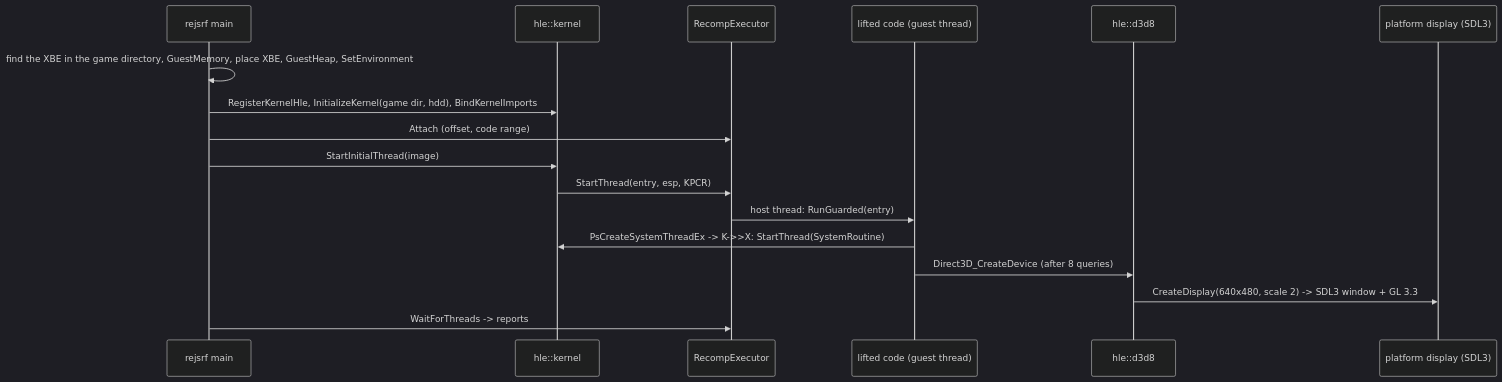
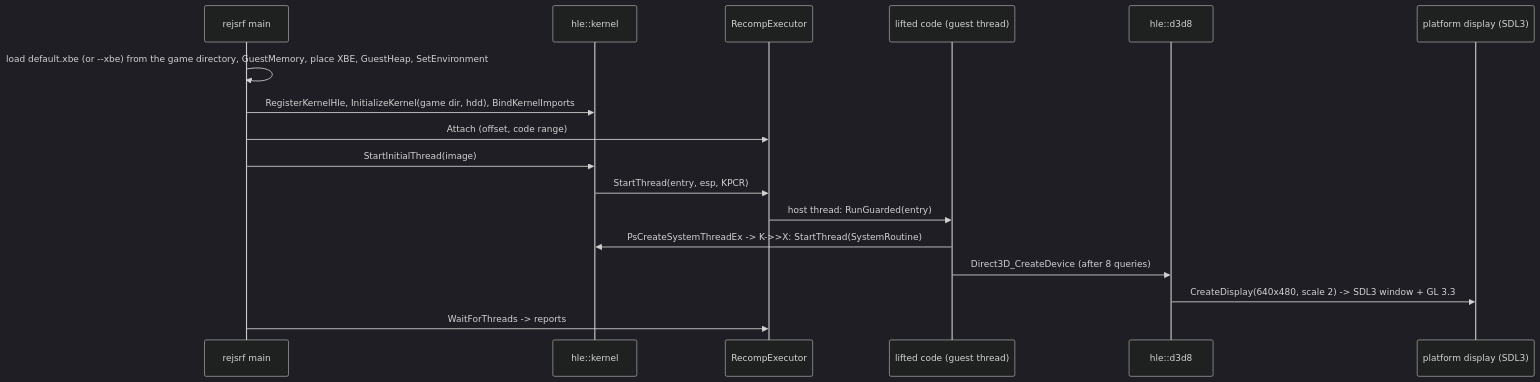
Before and after one commit to nworkers/reJSRF: the third of 3 diagrams in ARCHITECTURE.md, drawn with Mermaid (dark theme). The commit also changed other lines of this file and 30 other files, not shown here.

First line of the commit message:
v0.0.14: default.xbe from the game directory, --xbe, US MD5 check in the recomp scripts (#36)

````diff
--- a/ARCHITECTURE.md
+++ b/ARCHITECTURE.md
@@ -119,19 +119,19 @@
 ```mermaid
 sequenceDiagram
     participant App as rejsrf main
     participant K as hle::kernel
     participant X as RecompExecutor
     participant G as lifted code (guest thread)
     participant D3D as hle::d3d8
     participant P as platform display (SDL3)
-    App->>App: find the XBE in the game directory, GuestMemory, place XBE, GuestHeap, SetEnvironment
+    App->>App: load default.xbe (or --xbe) from the game directory, GuestMemory, place XBE, GuestHeap, SetEnvironment
     App->>K: RegisterKernelHle, InitializeKernel(game dir, hdd), BindKernelImports
     App->>X: Attach (offset, code range)
     App->>K: StartInitialThread(image)
     K->>X: StartThread(entry, esp, KPCR)
     X->>G: host thread: RunGuarded(entry)
     G->>K: PsCreateSystemThreadEx -> K->>X: StartThread(SystemRoutine)
     G->>D3D: Direct3D_CreateDevice (after 8 queries)
     D3D->>P: CreateDisplay(640x480, scale 2) -> SDL3 window + GL 3.3
     App->>X: WaitForThreads -> reports
 ```
````
